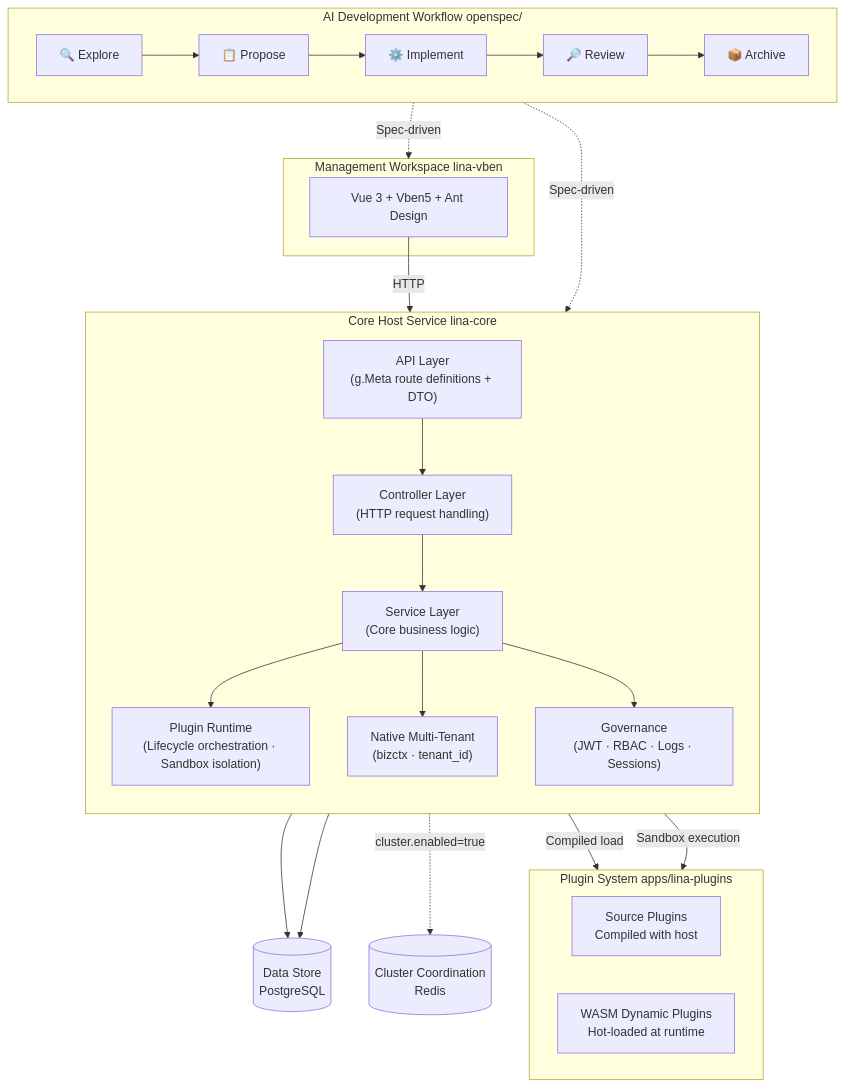
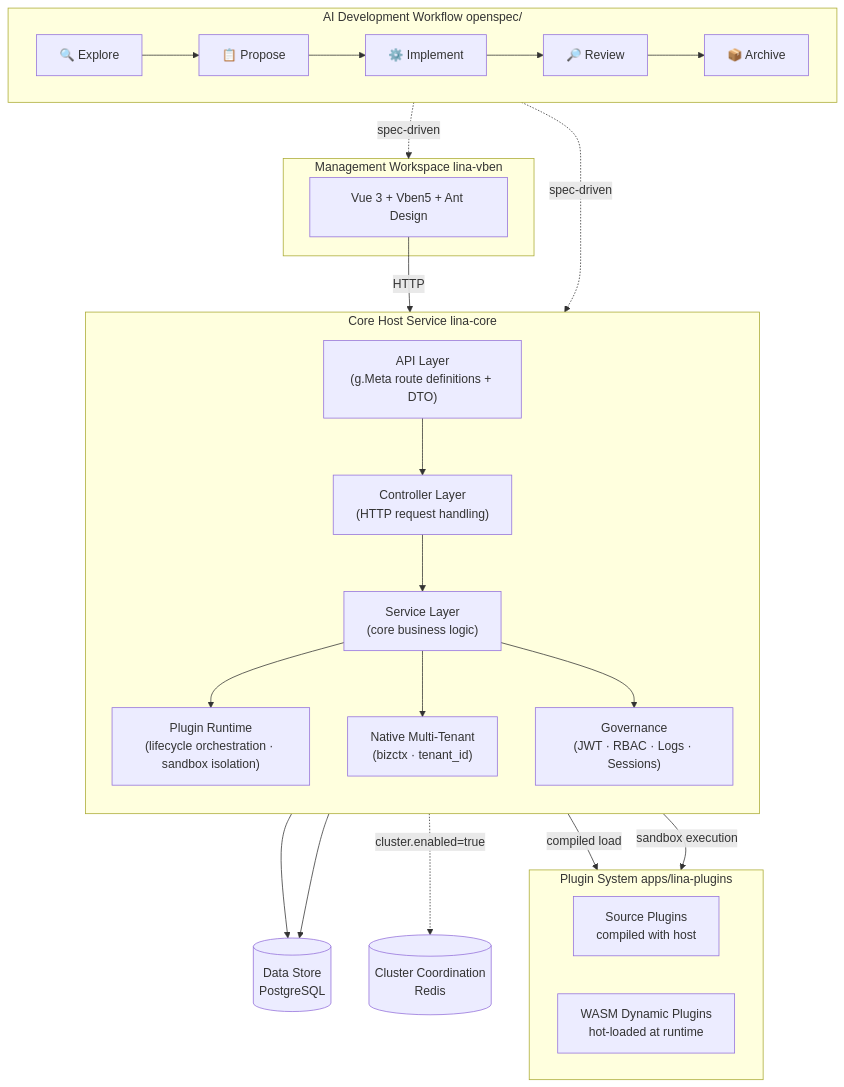
Before and after one commit to linaproai/linapro: the diagram in README.md, drawn with Mermaid. The commit also changed other lines of this file and 1 other file, not shown here.

````diff
--- a/README.md
+++ b/README.md
@@ -46,43 +52,43 @@
 ```mermaid
 graph TB
     subgraph Workflow["AI Development Workflow  openspec/"]
         direction LR
         Explore["🔍 Explore"] --> Propose["📋 Propose"] --> Implement["⚙️ Implement"] --> Review["🔎 Review"] --> Archive["📦 Archive"]
     end
 
     subgraph Frontend["Management Workspace  lina-vben"]
         UI["Vue 3 + Vben5 + Ant Design"]
     end
 
     subgraph Host["Core Host Service  lina-core"]
         direction TB
         API["API Layer\n(g.Meta route definitions + DTO)"]
         Ctrl["Controller Layer\n(HTTP request handling)"]
-        Svc["Service Layer\n(Core business logic)"]
-        Plugin["Plugin Runtime\n(Lifecycle orchestration · Sandbox isolation)"]
+        Svc["Service Layer\n(core business logic)"]
+        Plugin["Plugin Runtime\n(lifecycle orchestration · sandbox isolation)"]
         Tenant["Native Multi-Tenant\n(bizctx · tenant_id)"]
         Gov["Governance\n(JWT · RBAC · Logs · Sessions)"]
         API --> Ctrl --> Svc
         Svc --> Plugin
         Svc --> Tenant
         Svc --> Gov
     end
 
     subgraph Plugins["Plugin System  apps/lina-plugins"]
         direction LR
-        Source["Source Plugins\nCompiled with host"]
-        Dynamic["WASM Dynamic Plugins\nHot-loaded at runtime"]
+        Source["Source Plugins\ncompiled with host"]
+        Dynamic["WASM Dynamic Plugins\nhot-loaded at runtime"]
     end
 
     DB[("Data Store\nPostgreSQL")]
     Redis[("Cluster Coordination\nRedis")]
 
-    Workflow -.->|Spec-driven| Frontend
-    Workflow -.->|Spec-driven| Host
+    Workflow -.->|spec-driven| Frontend
+    Workflow -.->|spec-driven| Host
     UI -->|HTTP| API
-    Plugin -->|Compiled load| Source
-    Plugin -->|Sandbox execution| Dynamic
+    Plugin -->|compiled load| Source
+    Plugin -->|sandbox execution| Dynamic
     Svc --> DB
     Gov --> DB
     Svc -.->|cluster.enabled=true| Redis
 ```
````
